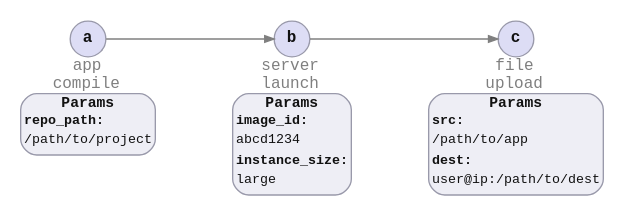
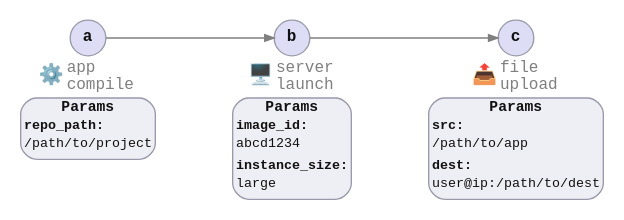
Before and after one commit to azriel91/peace: the diagram in doc/src/technical_concepts/item/item_parameters.md, drawn with Graphviz. The commit also changed 18 other files, not shown here.

```diff
--- a/doc/src/technical_concepts/item/item_parameters.md
+++ b/doc/src/technical_concepts/item/item_parameters.md
@@ -33,7 +33,10 @@
 
     subgraph cluster_a {
         a [label = <<b>a</b>>]
-        a_text [shape="plain" style="" fontcolor="#7f7f7f" label = <app<br/>compile>]
+        a_text [shape="plain" style="" fontcolor="#7f7f7f" label = <<table border="0" cellborder="0" cellpadding="0"><tr>
+            <td><font point-size="15">⚙️</font></td>
+            <td balign="left">app<br/>compile</td>
+        </tr></table>>]
 
         a_params [
             margin   = 0.0
@@ -59,7 +62,10 @@
         margin = 0
 
         b [label = <<b>b</b>>]
-        b_text [shape="plain" style="" fontcolor="#7f7f7f" label = <server<br/>launch>]
+        b_text [shape="plain" style="" fontcolor="#7f7f7f" label = <<table border="0" cellborder="0" cellpadding="0"><tr>
+            <td><font point-size="15">🖥️</font></td>
+            <td balign="left">server<br/>launch</td>
+        </tr></table>>]
 
         b_params [
             margin   = 0.0
@@ -86,7 +92,10 @@
     }
     subgraph cluster_c {
         c [label = <<b>c</b>>]
-        c_text [shape="plain" style="" fontcolor="#7f7f7f" label = <file<br/>upload>]
+        c_text [shape="plain" style="" fontcolor="#7f7f7f" label = <<table border="0" cellborder="0" cellpadding="0"><tr>
+            <td><font point-size="15">📤</font></td>
+            <td balign="left">file<br/>upload</td>
+        </tr></table>>]
 
         c_params [
             margin   = 0.0
```
